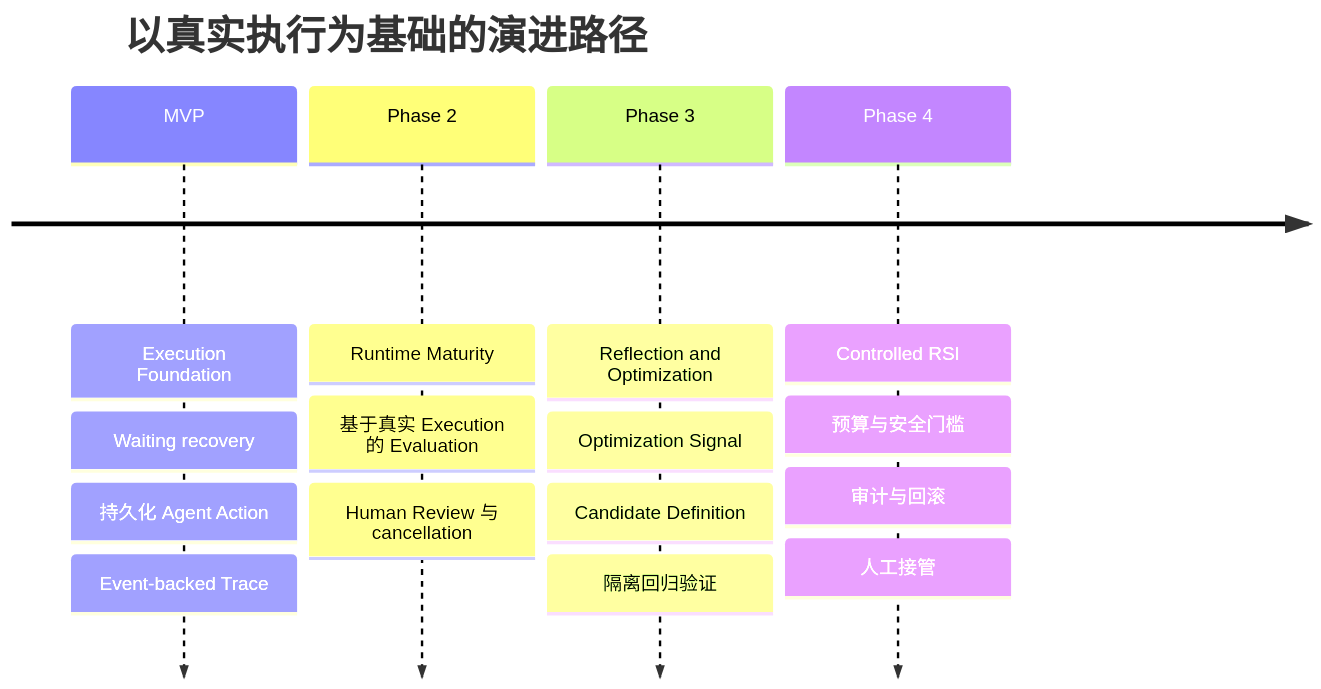
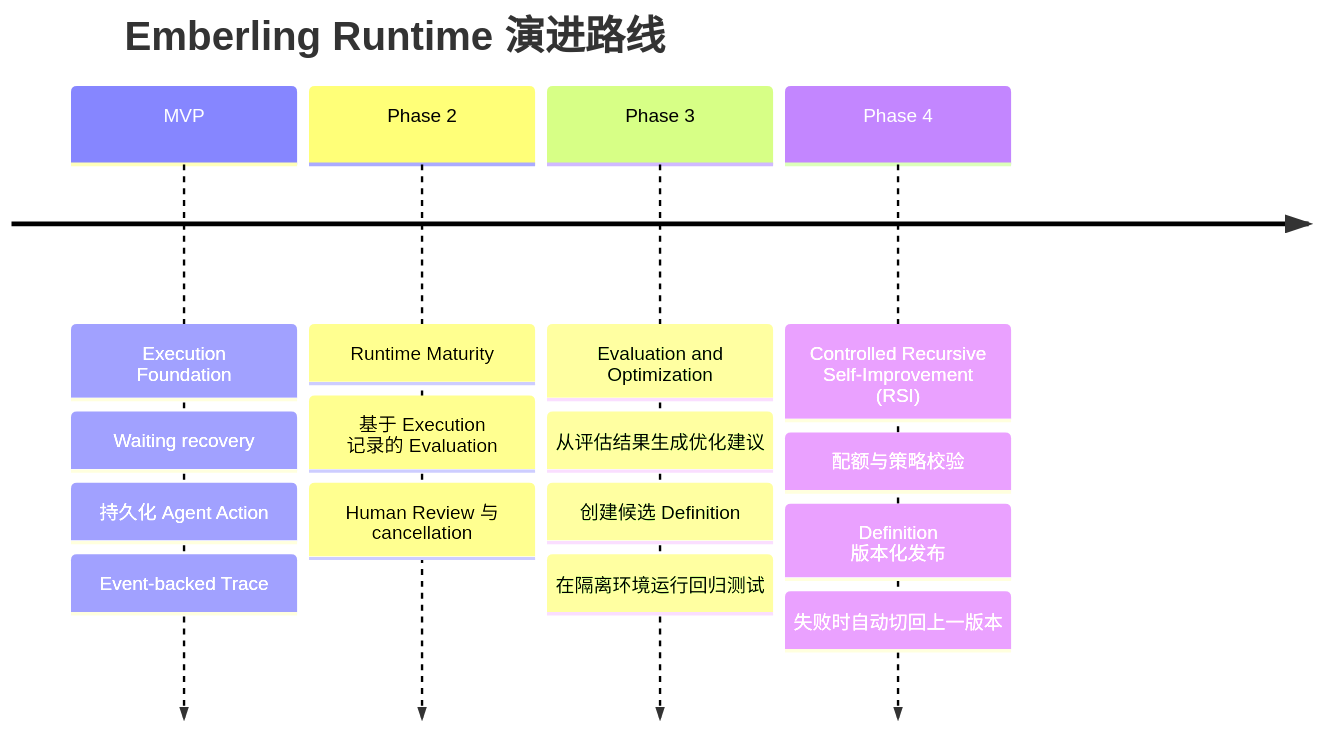
Before and after one commit to leungll/Emberling: the fourth of 4 diagrams in README.zh-CN.md, drawn with Mermaid. The commit also changed other lines of this file and 1 other file, not shown here.

Commit message:
docs: clarify RSI evolution roadmap

````diff
--- a/README.zh-CN.md
+++ b/README.zh-CN.md
@@ -147,19 +147,19 @@
 ```mermaid
 timeline
-    title 以真实执行为基础的演进路径
+    title Emberling Runtime 演进路线
     MVP : Execution Foundation
         : Waiting recovery
         : 持久化 Agent Action
         : Event-backed Trace
     Phase 2 : Runtime Maturity
-            : 基于真实 Execution 的 Evaluation
+            : 基于 Execution 记录的 Evaluation
             : Human Review 与 cancellation
-    Phase 3 : Reflection and Optimization
-            : Optimization Signal
-            : Candidate Definition
-            : 隔离回归验证
-    Phase 4 : Controlled RSI
-            : 预算与安全门槛
-            : 审计与回滚
-            : 人工接管
+    Phase 3 : Evaluation and Optimization
+            : 从评估结果生成优化建议
+            : 创建候选 Definition
+            : 在隔离环境运行回归测试
+    Phase 4 : Controlled Recursive Self-Improvement (RSI)
+            : 配额与策略校验
+            : Definition 版本化发布
+            : 失败时自动切回上一版本
 ```
````
